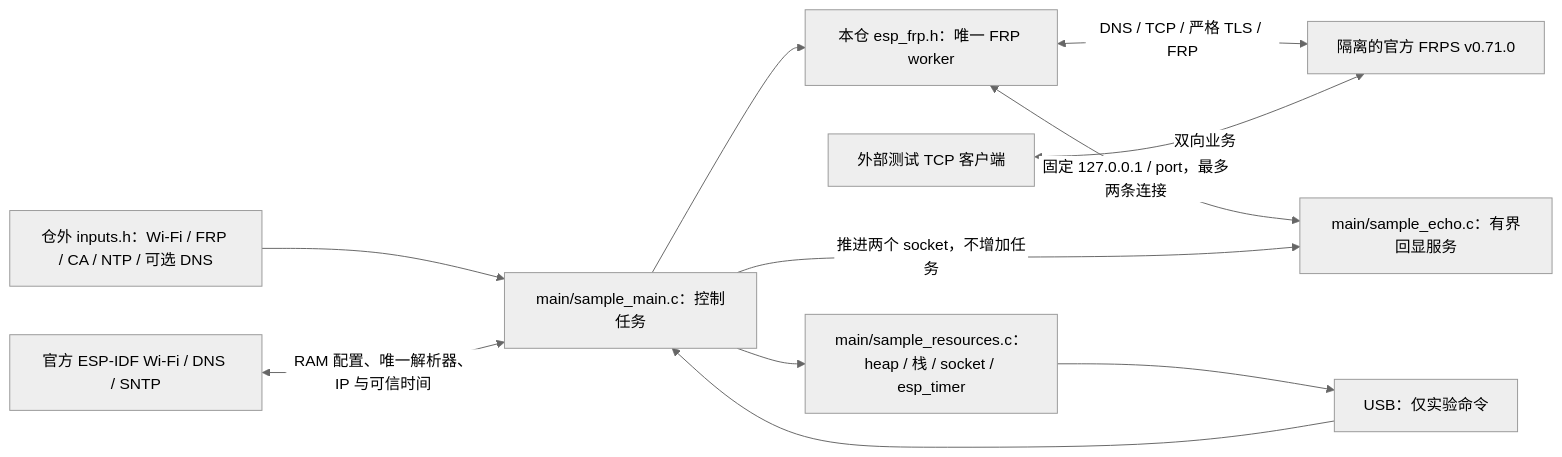
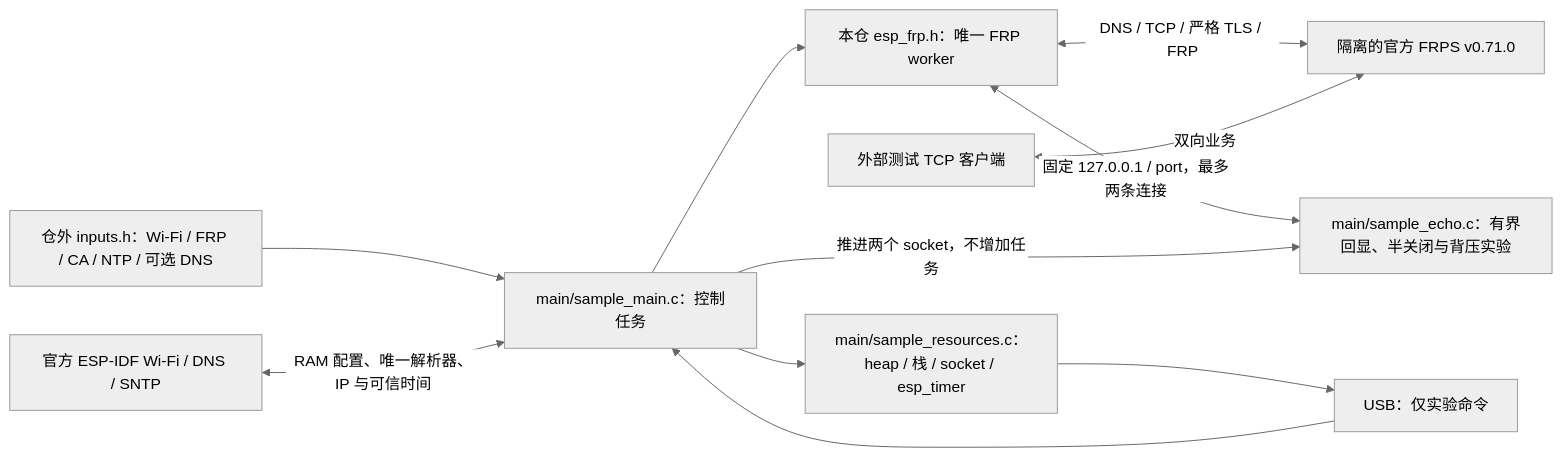
One commit to darren-you/esp-frp changed the diagram in examples/tcp_proxy/README.md. Above: the diagram before and after it, drawn with Mermaid (neutral theme). The commit also changed other lines of this file and 31 other files, not shown here.

````diff
--- a/examples/tcp_proxy/README.md
+++ b/examples/tcp_proxy/README.md
@@ -7,13 +7,13 @@
 ```mermaid
 flowchart LR
     input["仓外 inputs.h：Wi-Fi / FRP / CA / NTP / 可选 DNS"] --> main["main/sample_main.c：控制任务"]
     sdk["官方 ESP-IDF Wi-Fi / DNS / SNTP"] <-->|"RAM 配置、唯一解析器、IP 与可信时间"| main
     main --> client["本仓 esp_frp.h：唯一 FRP worker"]
     client <-->|"DNS / TCP / 严格 TLS / FRP"| frps["隔离的官方 FRPS v0.71.0"]
     test["外部测试 TCP 客户端"] <-->|"双向业务"| frps
-    client <-->|"固定 127.0.0.1 / port，最多两条连接"| echo["main/sample_echo.c：有界回显服务"]
+    client <-->|"固定 127.0.0.1 / port，最多两条连接"| echo["main/sample_echo.c：有界回显、半关闭与背压实验"]
     main -->|"推进两个 socket，不增加任务"| echo
     main --> resource["main/sample_resources.c：heap / 栈 / socket / esp_timer"]
     usb["USB：仅实验命令"] --> main
     resource --> usb
 ```
````
